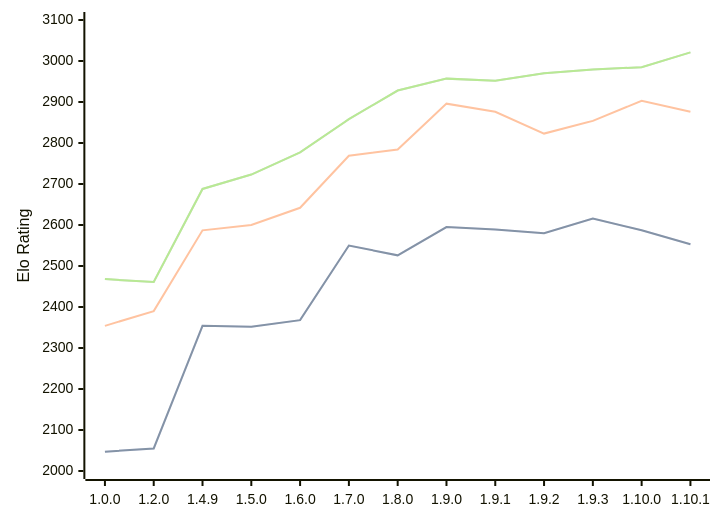
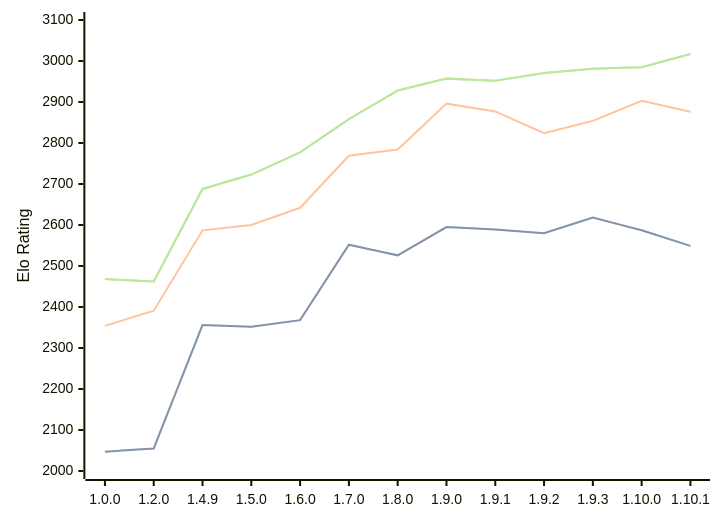
Before and after one commit to computer-chess-index/cci: the diagram in engines/Basilisk.md, drawn with Mermaid. The commit also changed other lines of this file, not shown here.

Commit message:
Update CCI Ratings (ELO VLTC) - 2026-10-08

````diff
--- a/engines/Basilisk.md
+++ b/engines/Basilisk.md
@@ -56,11 +56,11 @@
 ```mermaid
 %%{init: {"theme":"base","themeVariables":{"seriesColors:['#a3a3a3','#222221','#faa371']}}}%%
 xychart-beta
   x-axis ["1.0.0", "1.2.0", "1.4.9", "1.5.0", "1.6.0", "1.7.0", "1.8.0", "1.9.0", "1.9.1", "1.9.2", "1.9.3", "1.10.0", "1.10.1"]
   y-axis "Elo Rating" 2000 --> 3100
-  line "" [2047, 2055, 2354, 2352, 2368, 2550, 2526, 2595, 2589, 2580, 2616, 2587, 2553]
-  line "STC (8.0+0.08s)" [2047, 2055, 2354, 2352, 2368, 2550, 2526, 2595, 2589, 2580, 2616, 2587, 2553]
-  line "LTC (60.0+0.60s)" [2354, 2390, 2587, 2600, 2642, 2769, 2784, 2896, 2876, 2823, 2854, 2903, 2876]
-  line "" [2468, 2461, 2688, 2723, 2777, 2858, 2928, 2957, 2952, 2970, 2979, 2985, 3021]
-  line "VLTC (2m24s+1.12s)" [2468, 2461, 2688, 2723, 2777, 2858, 2928, 2957, 2952, 2970, 2979, 2985, 3021]
+  line "" [2047, 2055, 2356, 2352, 2368, 2552, 2526, 2595, 2589, 2580, 2618, 2587, 2549]
+  line "STC (8.0+0.08s)" [2047, 2055, 2356, 2352, 2368, 2552, 2526, 2595, 2589, 2580, 2618, 2587, 2549]
+  line "LTC (60.0+0.60s)" [2354, 2391, 2587, 2600, 2642, 2769, 2784, 2896, 2877, 2824, 2854, 2903, 2876]
+  line "" [2468, 2462, 2688, 2723, 2777, 2858, 2928, 2957, 2952, 2971, 2981, 2985, 3017]
+  line "VLTC (2m24s+1.12s)" [2468, 2462, 2688, 2723, 2777, 2858, 2928, 2957, 2952, 2971, 2981, 2985, 3017]
 ```
````
